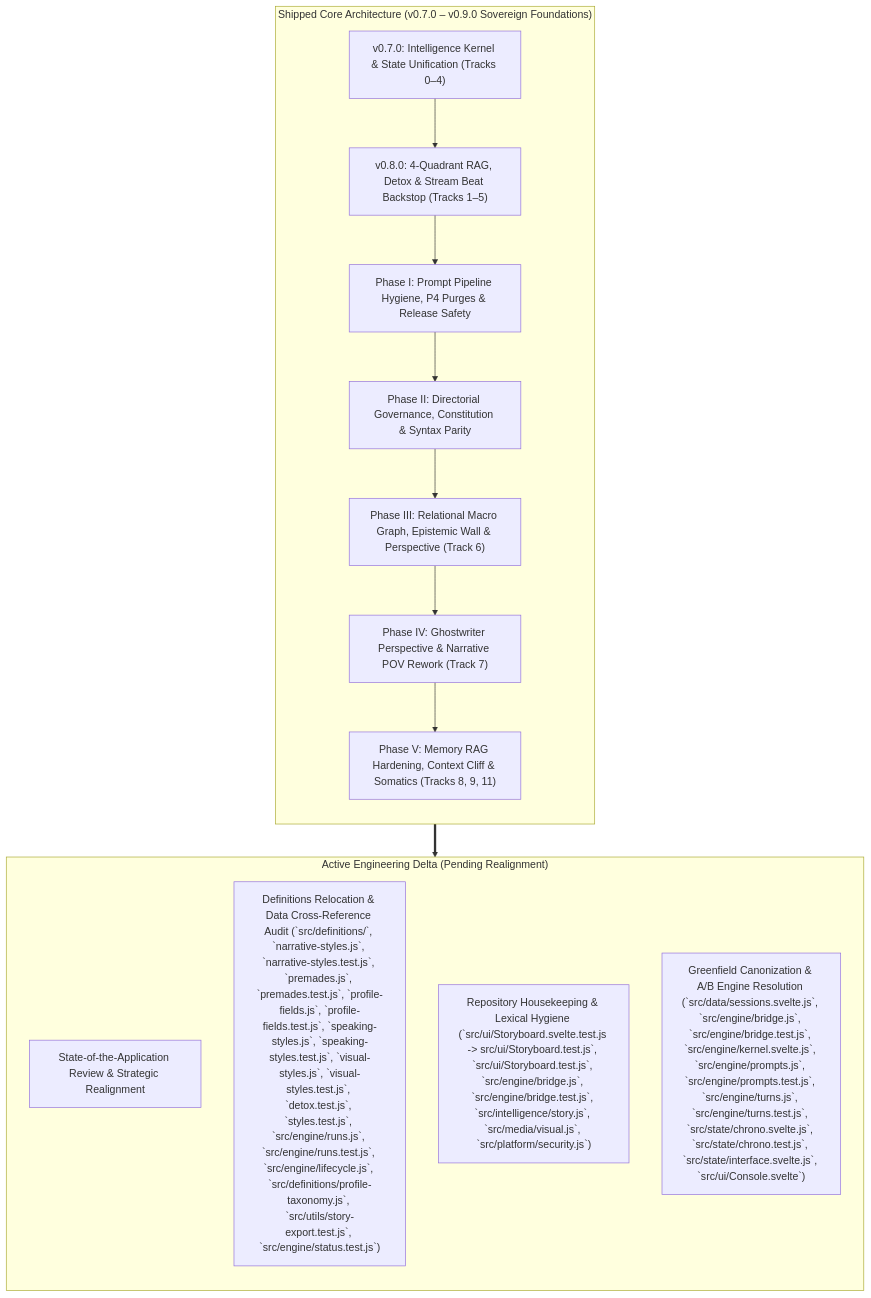
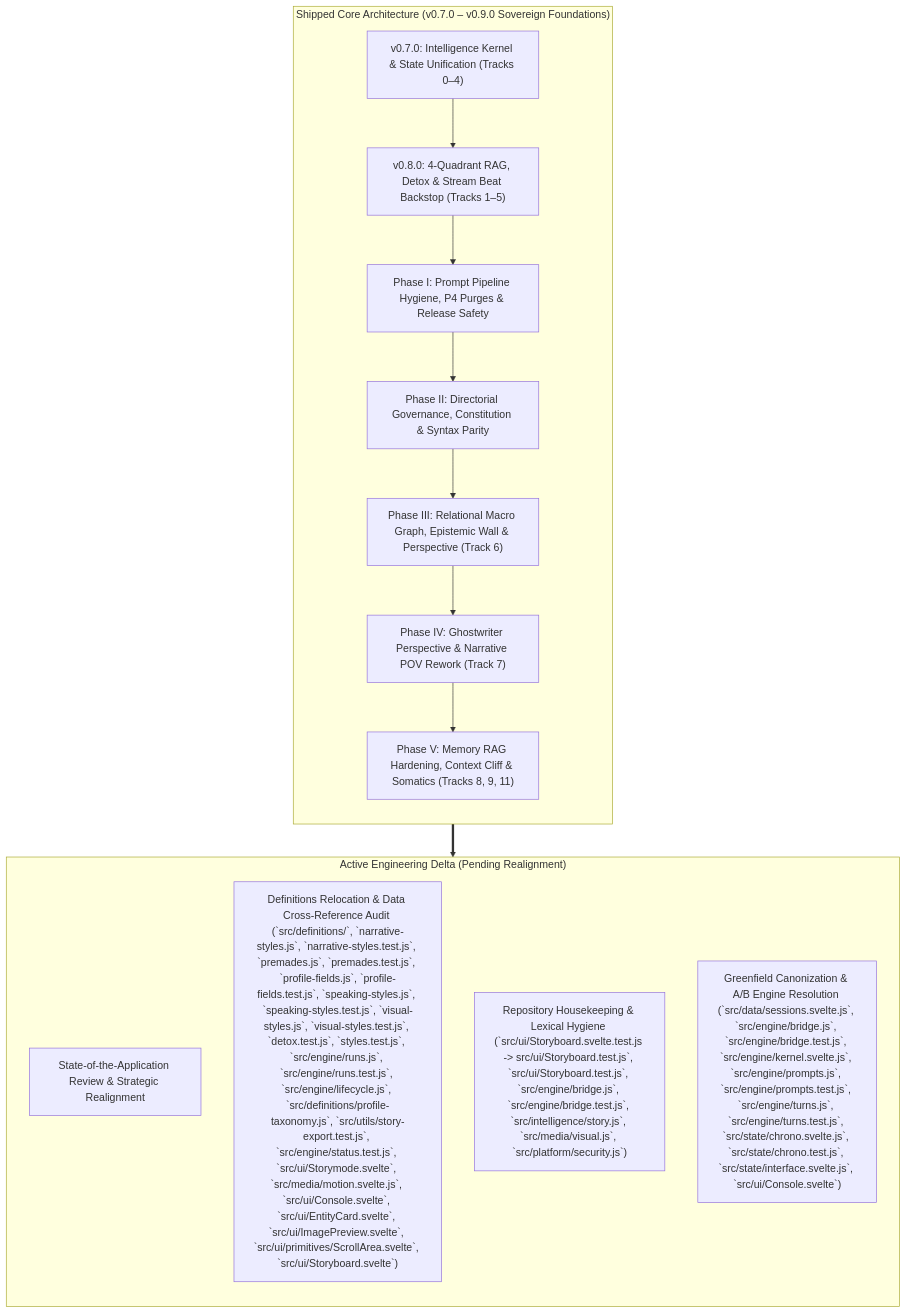
One commit to JooduG/RPGlitch changed the diagram in ROADMAP.md. Above: the diagram before and after it, drawn with Mermaid. The commit also changed 8 other files, not shown here.

````diff
--- a/ROADMAP.md
+++ b/ROADMAP.md
@@ -23,24 +23,24 @@
 ```mermaid
 flowchart TD
     subgraph ShippedCore ["Shipped Core Architecture (v0.7.0 – v0.9.0 Sovereign Foundations)"]
         direction TB
         S1["v0.7.0: Intelligence Kernel & State Unification (Tracks 0–4)"]
         S2["v0.8.0: 4-Quadrant RAG, Detox & Stream Beat Backstop (Tracks 1–5)"]
         S3["Phase I: Prompt Pipeline Hygiene, P4 Purges & Release Safety"]
         S4["Phase II: Directorial Governance, Constitution & Syntax Parity"]
         S5["Phase III: Relational Macro Graph, Epistemic Wall & Perspective (Track 6)"]
         S6["Phase IV: Ghostwriter Perspective & Narrative POV Rework (Track 7)"]
         S7["Phase V: Memory RAG Hardening, Context Cliff & Somatics (Tracks 8, 9, 11)"]
         S1 --> S2 --> S3 --> S4 --> S5 --> S6 --> S7
     end
 
     subgraph ActiveBacklog ["Active Engineering Delta (Pending Realignment)"]
         direction TB
         R1["State-of-the-Application Review & Strategic Realignment"]
-        R2["Definitions Relocation & Data Cross-Reference Audit (`src/definitions/`, `narrative-styles.js`, `narrative-styles.test.js`, `premades.js`, `premades.test.js`, `profile-fields.js`, `profile-fields.test.js`, `speaking-styles.js`, `speaking-styles.test.js`, `visual-styles.js`, `visual-styles.test.js`, `detox.test.js`, `styles.test.js`, `src/engine/runs.js`, `src/engine/runs.test.js`, `src/engine/lifecycle.js`, `src/definitions/profile-taxonomy.js`, `src/utils/story-export.test.js`, `src/engine/status.test.js`)"]
+        R2["Definitions Relocation & Data Cross-Reference Audit (`src/definitions/`, `narrative-styles.js`, `narrative-styles.test.js`, `premades.js`, `premades.test.js`, `profile-fields.js`, `profile-fields.test.js`, `speaking-styles.js`, `speaking-styles.test.js`, `visual-styles.js`, `visual-styles.test.js`, `detox.test.js`, `styles.test.js`, `src/engine/runs.js`, `src/engine/runs.test.js`, `src/engine/lifecycle.js`, `src/definitions/profile-taxonomy.js`, `src/utils/story-export.test.js`, `src/engine/status.test.js`, `src/ui/Storymode.svelte`, `src/media/motion.svelte.js`, `src/ui/Console.svelte`, `src/ui/EntityCard.svelte`, `src/ui/ImagePreview.svelte`, `src/ui/primitives/ScrollArea.svelte`, `src/ui/Storyboard.svelte`)"]
         R3["Repository Housekeeping & Lexical Hygiene (`src/ui/Storyboard.svelte.test.js -> src/ui/Storyboard.test.js`, `src/ui/Storyboard.test.js`, `src/engine/bridge.js`, `src/engine/bridge.test.js`, `src/intelligence/story.js`, `src/media/visual.js`, `src/platform/security.js`)"]
         R4["Greenfield Canonization & A/B Engine Resolution (`src/data/sessions.svelte.js`, `src/engine/bridge.js`, `src/engine/bridge.test.js`, `src/engine/kernel.svelte.js`, `src/engine/prompts.js`, `src/engine/prompts.test.js`, `src/engine/turns.js`, `src/engine/turns.test.js`, `src/state/chrono.svelte.js`, `src/state/chrono.test.js`, `src/state/interface.svelte.js`, `src/ui/Console.svelte`)"]
     end
 
     ShippedCore ==> ActiveBacklog
 ```
````
